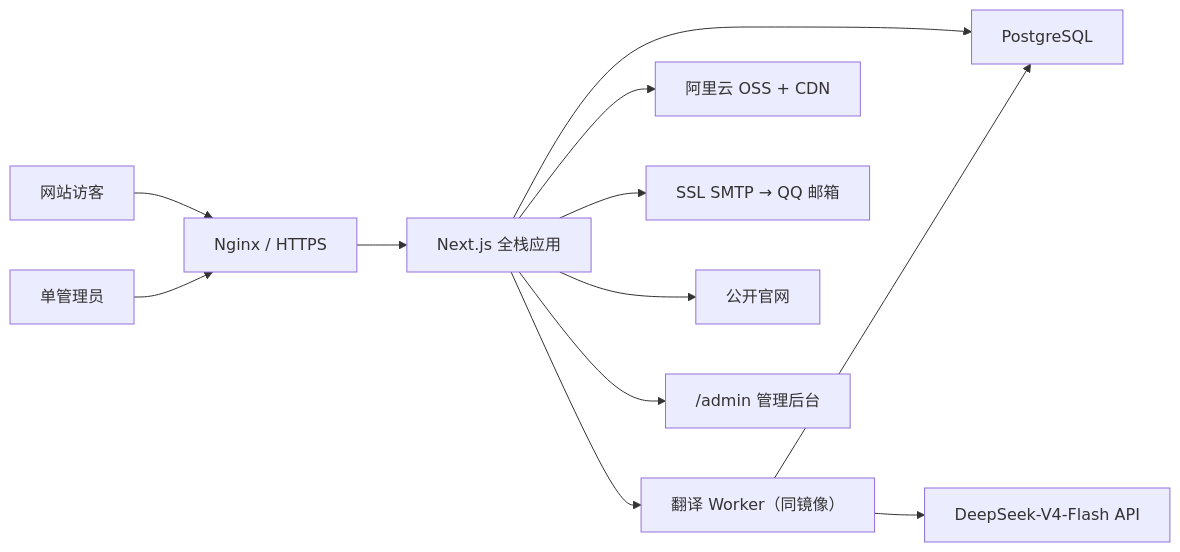
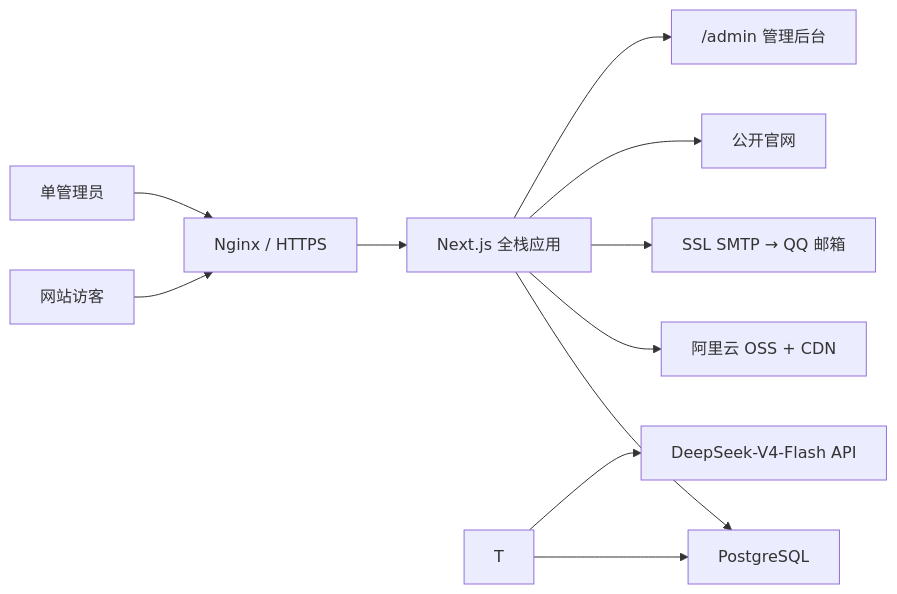
Before and after one commit to mingle216/AI-WebProject: the diagram in docs/superpowers/specs/2026-08-19-rongelec-fullstack-website-design.md, drawn with Mermaid. The commit also changed other lines of this file and 2 other files, not shown here.

````diff
--- a/docs/superpowers/specs/2026-08-19-rongelec-fullstack-website-design.md
+++ b/docs/superpowers/specs/2026-08-19-rongelec-fullstack-website-design.md
@@ -70,14 +70,13 @@
 ```mermaid
 flowchart LR
     V["网站访客"] --> N["Nginx / HTTPS"]
     A["单管理员"] --> N
     N --> W["Next.js 全栈应用"]
     W --> P["PostgreSQL"]
-    W --> T["翻译 Worker（同镜像）"]
     T --> P
     T --> D["DeepSeek-V4-Flash API"]
     W --> O["阿里云 OSS + CDN"]
     W --> M["SSL SMTP → QQ 邮箱"]
     W --> S["公开官网"]
     W --> B["/admin 管理后台"]
 ```
````
